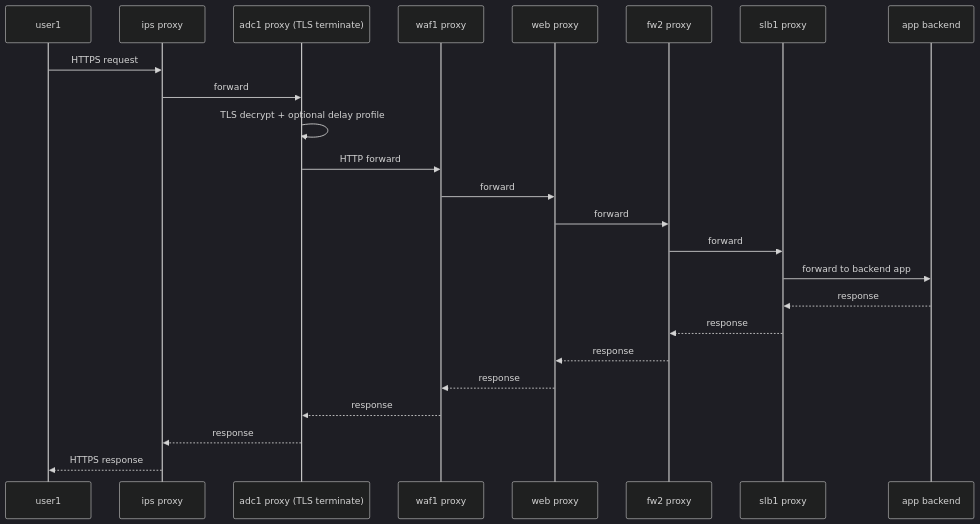
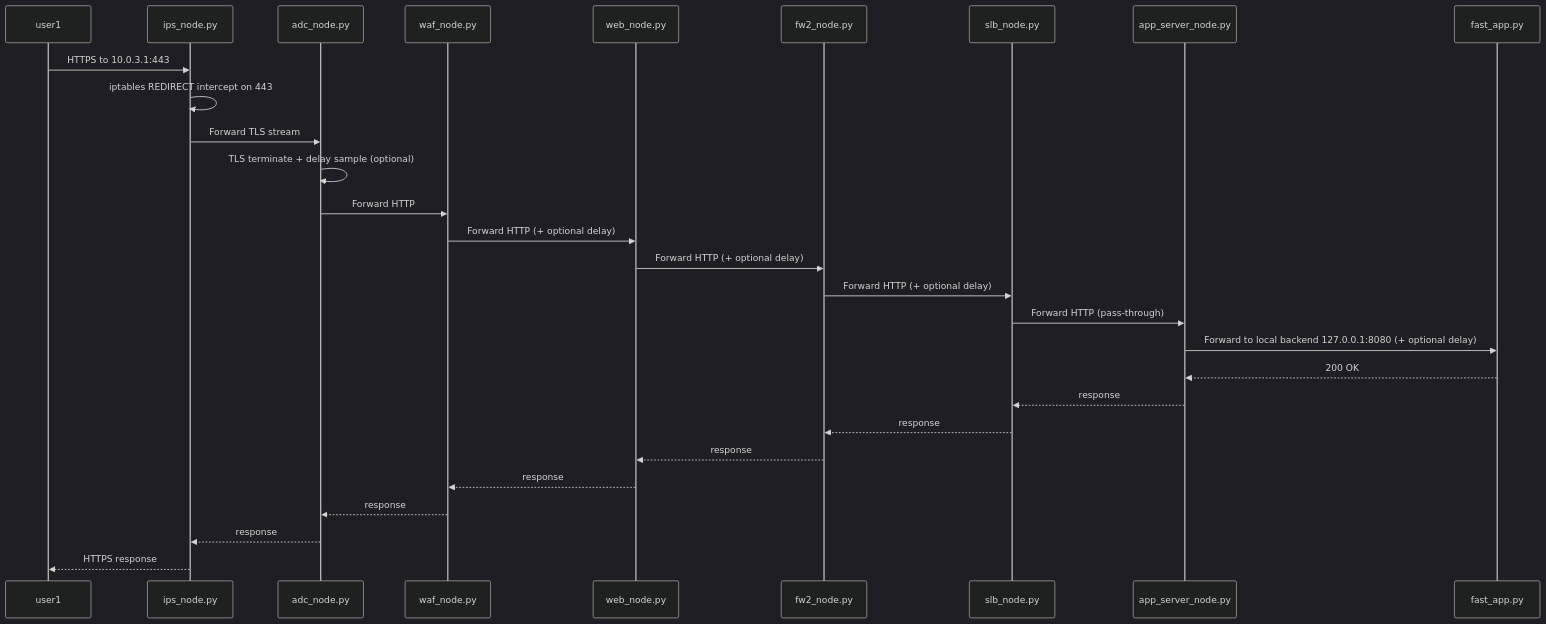
The second of 4 diagrams in docs/ARCHITECTURE.md (mayanksinghk/IRCTC-Simulator), drawn with Mermaid (dark theme) before and after one commit. The commit also changed other lines of this file and 3 other files, not shown here.

````diff
--- a/docs/ARCHITECTURE.md
+++ b/docs/ARCHITECTURE.md
@@ -38,27 +45,31 @@
 ```mermaid
 sequenceDiagram
   participant User as user1
-  participant IPS as ips proxy
-  participant ADC as adc1 proxy (TLS terminate)
-  participant WAF as waf1 proxy
-  participant WEB as web proxy
-  participant FW2 as fw2 proxy
-  participant SLB as slb1 proxy
-  participant APP as app backend
+  participant IPS as ips_node.py
+  participant ADC as adc_node.py
+  participant WAF as waf_node.py
+  participant WEB as web_node.py
+  participant FW2 as fw2_node.py
+  participant SLB as slb_node.py
+  participant APPP as app_server_node.py
+  participant APP as fast_app.py
 
-  User->>IPS: HTTPS request
-  IPS->>ADC: forward
-  ADC->>ADC: TLS decrypt + optional delay profile
-  ADC->>WAF: HTTP forward
-  WAF->>WEB: forward
-  WEB->>FW2: forward
-  FW2->>SLB: forward
-  SLB->>APP: forward to backend app
-  APP-->>SLB: response
+  User->>IPS: HTTPS to 10.0.3.1:443
+  IPS->>IPS: iptables REDIRECT intercept on 443
+  IPS->>ADC: Forward TLS stream
+  ADC->>ADC: TLS terminate + delay sample (optional)
+  ADC->>WAF: Forward HTTP
+  WAF->>WEB: Forward HTTP (+ optional delay)
+  WEB->>FW2: Forward HTTP (+ optional delay)
+  FW2->>SLB: Forward HTTP (+ optional delay)
+  SLB->>APPP: Forward HTTP (pass-through)
+  APPP->>APP: Forward to local backend 127.0.0.1:8080 (+ optional delay)
+  APP-->>APPP: 200 OK
+  APPP-->>SLB: response
   SLB-->>FW2: response
   FW2-->>WEB: response
   WEB-->>WAF: response
   WAF-->>ADC: response
   ADC-->>IPS: response
   IPS-->>User: HTTPS response
 ```
````
